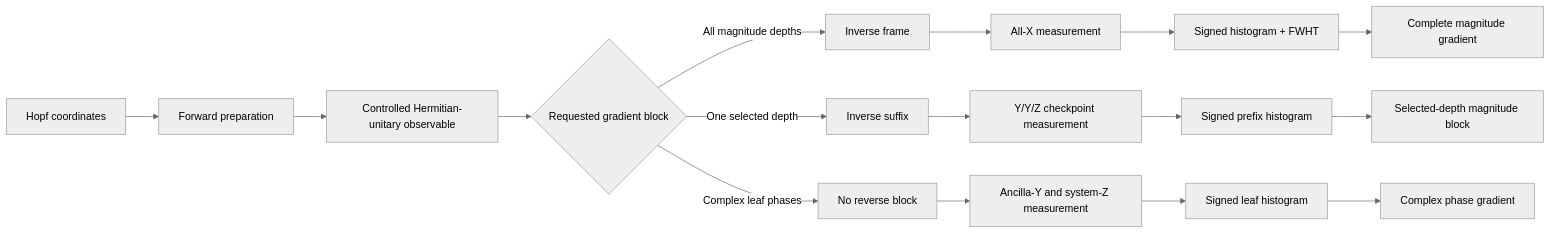
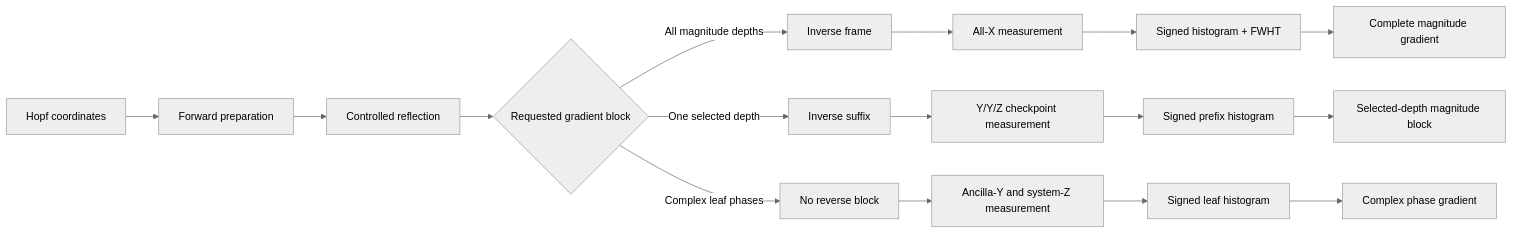
Before and after one commit to GoGoKo699/Hopf-QBP: the diagram in README.md, drawn with Mermaid (neutral theme). The commit also changed other lines of this file, not shown here.

````diff
--- a/README.md
+++ b/README.md
@@ -129,18 +164,18 @@
 ```mermaid
 flowchart LR
     A[Hopf coordinates] --> B[Forward preparation]
-    B --> C[Controlled Hermitian-unitary observable]
+    B --> C[Controlled reflection]
     C --> D{Requested gradient block}
     D -->|All magnitude depths| E[Inverse frame]
     D -->|One selected depth| F[Inverse suffix]
     D -->|Complex leaf phases| G[No reverse block]
     E --> H[All-X measurement]
     F --> I[Y/Y/Z checkpoint measurement]
     G --> J[Ancilla-Y and system-Z measurement]
     H --> K[Signed histogram + FWHT]
     I --> L[Signed prefix histogram]
     J --> M[Signed leaf histogram]
     K --> N[Complete magnitude gradient]
     L --> O[Selected-depth magnitude block]
     M --> P[Complex phase gradient]
 ```
````
